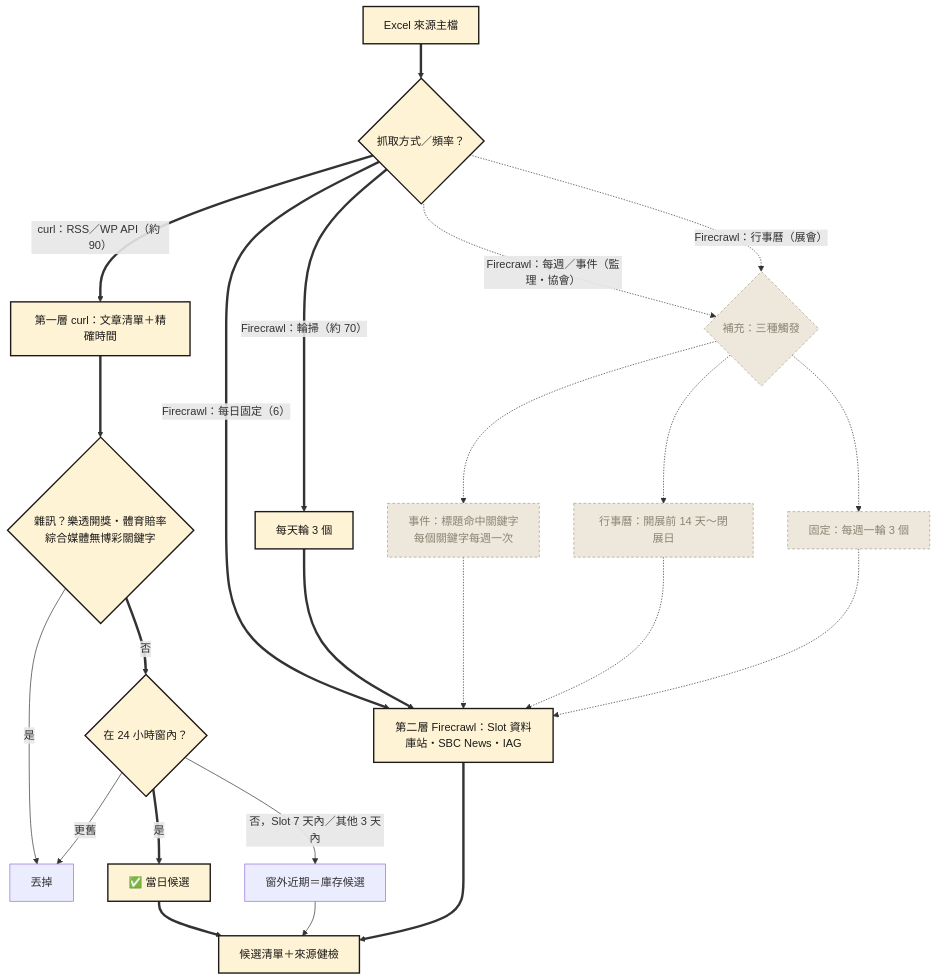
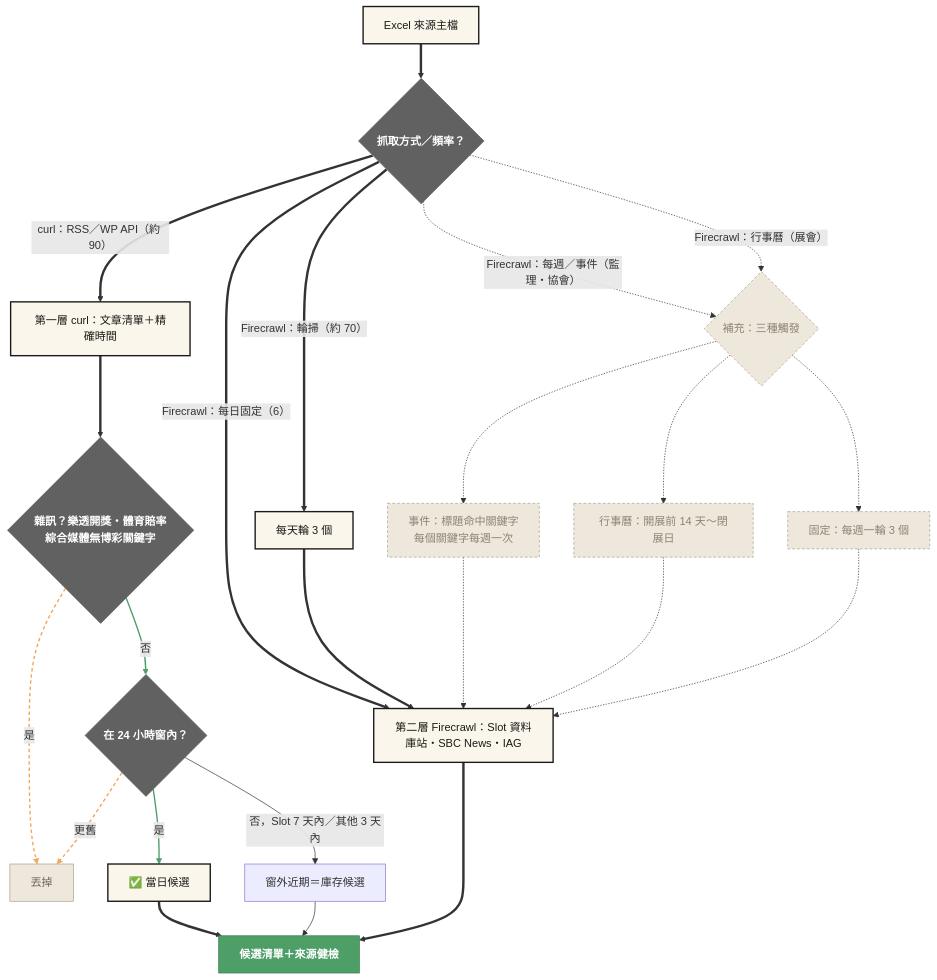
Before and after one commit to igaming-pulse/igaming-daily: the second of 5 diagrams in OutputLogic.md, drawn with Mermaid. The commit also changed other lines of this file and 1 other file, not shown here.

Commit message:
style: OutputLogic 流程圖方案 C 修訂版

````diff
--- a/OutputLogic.md
+++ b/OutputLogic.md
@@ -60,29 +68,37 @@
 ```mermaid
 flowchart TD
   S["Excel 來源主檔"] ==> W{"抓取方式／頻率？"}
   W == "curl：RSS／WP API（約 90）" ==> L1["第一層 curl：文章清單＋精確時間"]
   W == "Firecrawl：每日固定（6）" ==> L2["第二層 Firecrawl：Slot 資料庫站・SBC News・IAG"]
   W == "Firecrawl：輪掃（約 70）" ==> RT["每天輪 3 個"]
   W -. "Firecrawl：每週／事件（監理・協會）" .-> TR{"補充：三種觸發"}
   W -. "Firecrawl：行事曆（展會）" .-> TR
   TR -.-> E1["事件：標題命中關鍵字<br/>每個關鍵字每週一次"]
   TR -.-> E2["行事曆：開展前 14 天～閉展日"]
   TR -.-> E3["固定：每週一輪 3 個"]
   RT ==> L2
   E1 -.-> L2
   E2 -.-> L2
   E3 -.-> L2
   L1 ==> NZ{"雜訊？樂透開獎・體育賠率<br/>綜合媒體無博彩關鍵字"}
   NZ -- 是 --> DROP["丟掉"]
   NZ == 否 ==> TW{"在 24 小時窗內？"}
   TW == 是 ==> IN["✅ 當日候選"]
   TW -- "否，Slot 7 天內／其他 3 天內" --> OLD["窗外近期＝庫存候選"]
   TW -- 更舊 --> DROP
   IN ==> OUT["候選清單＋來源健檢"]
   OLD --> OUT
   L2 ==> OUT
-  classDef main fill:#FFF3D6,stroke:#1B1A18,stroke-width:2px,color:#1B1A18
+  classDef main fill:#FBF6EC,stroke:#1B1A18,stroke-width:2px,color:#1B1A18
   classDef minor fill:#EEE8DC,stroke:#A99F8E,stroke-dasharray:4 3,color:#8C8373
-  class S,W,L1,L2,RT,NZ,TW,IN,OUT main
+  class S,L1,L2,RT,IN main
   class TR,E1,E2,E3 minor
+  classDef gate fill:#616161,stroke:#616161,color:#FFFFFF,font-weight:700
+  classDef out fill:#4E9E68,stroke:#3C7F52,color:#FFFFFF,font-weight:700
+  classDef muted fill:#EEE8DC,stroke:#A99F8E,color:#6F675A
+  class NZ,TW,W gate
+  class OUT out
+  class DROP muted
+  linkStyle 15,16 stroke:#4E9E68,stroke-width:2px
+  linkStyle 14,18 stroke:#F2A65A,stroke-width:2px,stroke-dasharray:5 4
 ```
````
